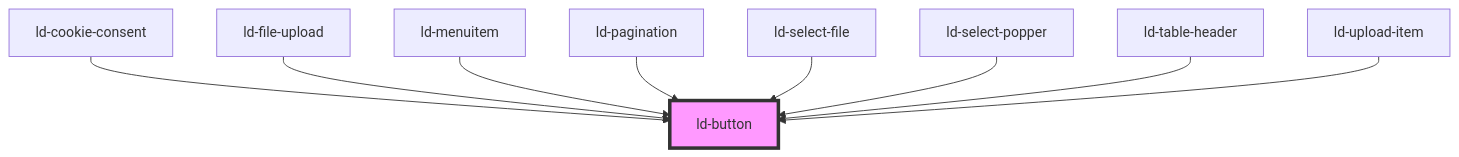
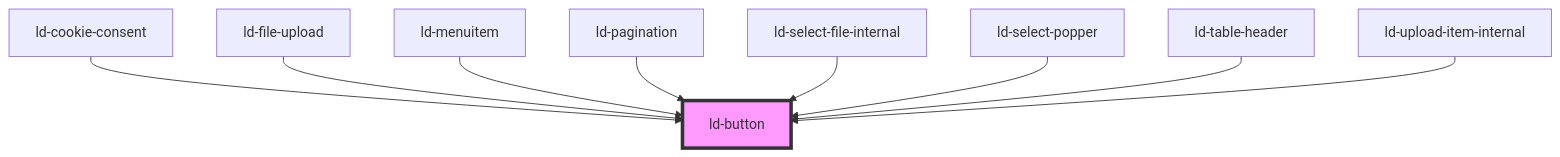
The diagram in src/liquid/components/ld-button/readme.md (emdgroup-liquid/liquid), drawn with Mermaid before and after one commit. The commit also changed other lines of this file and 27 other files, not shown here.

Commit message:
fix(ld-file-upload): make sure internal components are internal

````diff
--- a/src/liquid/components/ld-button/readme.md
+++ b/src/liquid/components/ld-button/readme.md
@@ -696,12 +696,12 @@
 ```mermaid
 graph TD;
   ld-cookie-consent --> ld-button
   ld-file-upload --> ld-button
   ld-menuitem --> ld-button
   ld-pagination --> ld-button
-  ld-select-file --> ld-button
+  ld-select-file-internal --> ld-button
   ld-select-popper --> ld-button
   ld-table-header --> ld-button
-  ld-upload-item --> ld-button
+  ld-upload-item-internal --> ld-button
   style ld-button fill:#f9f,stroke:#333,stroke-width:4px
 ```
````
